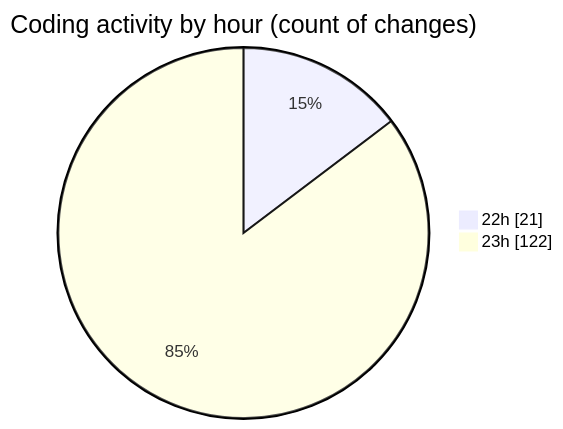
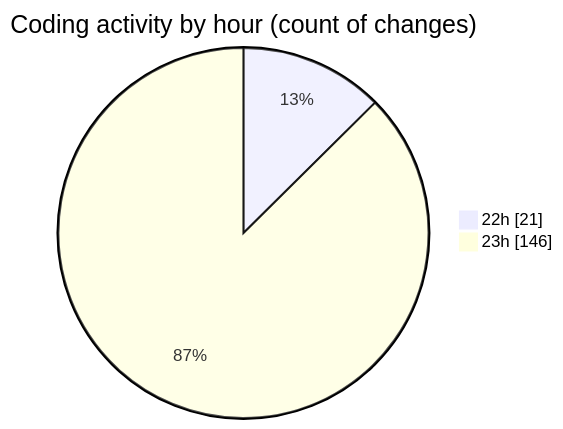
Before and after one commit to Ritupan-Deka/code-tracking: the second of 2 diagrams in 2025-07-22/javascript/README.md, drawn with Mermaid. The commit also changed other lines of this file and 1 other file, not shown here.

````diff
--- a/2025-07-22/javascript/README.md
+++ b/2025-07-22/javascript/README.md
@@ -29,6 +30,6 @@
 ```mermaid
 pie showData
 title Coding activity by hour (count of changes)
 "22h" : 21
-"23h" : 122
+"23h" : 146
 ```
````
